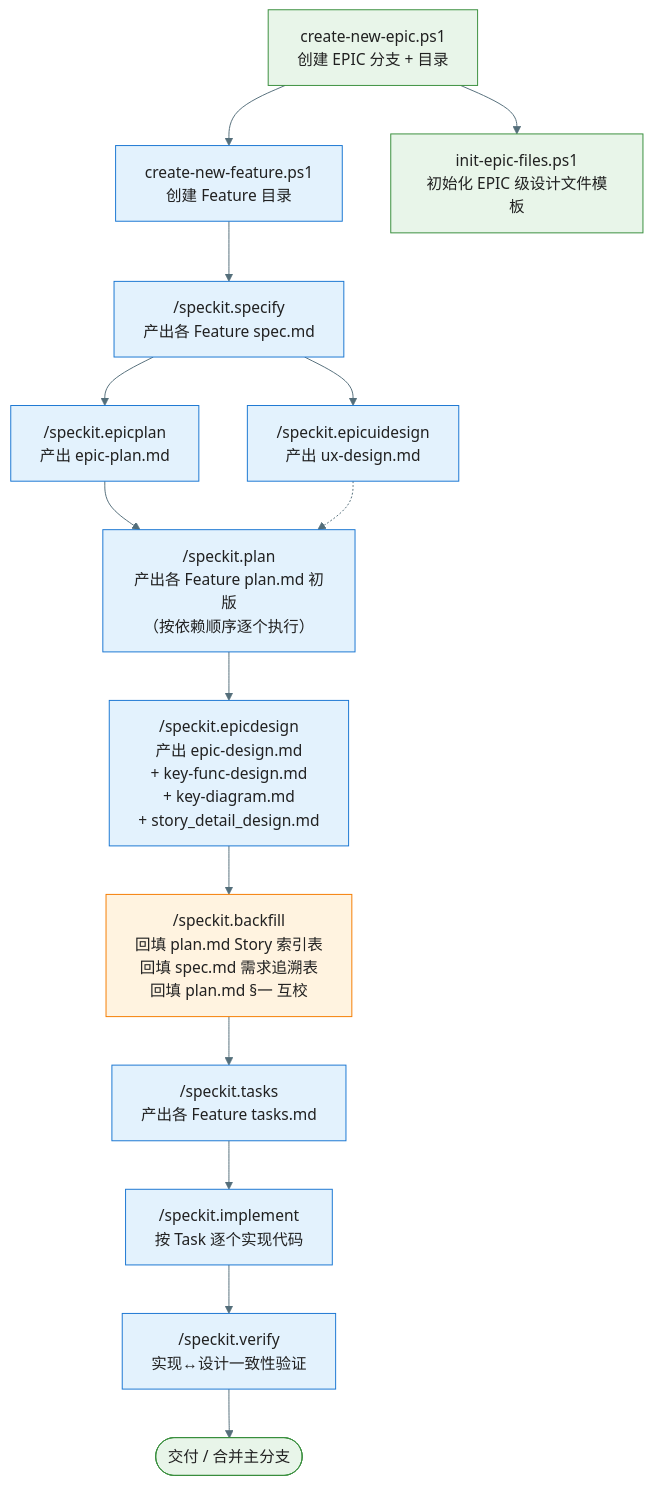
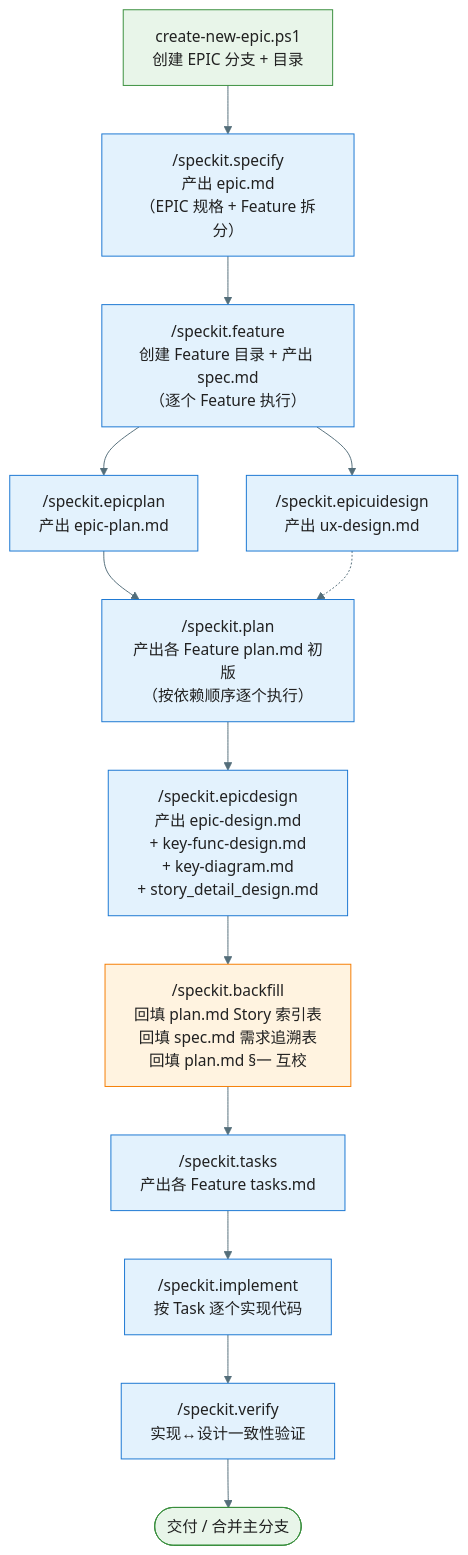
Before and after one commit to jackykarma/Verity: the third of 5 diagrams in .specify/workflow-overview.md, drawn with Mermaid. The commit also changed other lines of this file and 5 other files, not shown here.

````diff
--- a/.specify/workflow-overview.md
+++ b/.specify/workflow-overview.md
@@ -148,22 +148,20 @@
 ```mermaid
 %%{init: {'theme': 'base', 'themeVariables': { 'primaryColor': '#E3F2FD', 'primaryTextColor': '#212121', 'primaryBorderColor': '#1976D2', 'lineColor': '#546E7A'}}}%%
 flowchart TD
-    Step1["create-new-epic.ps1<br/>创建 EPIC 分支 + 目录"] --> Step2["create-new-feature.ps1<br/>创建 Feature 目录"]
-    Step1 --> Step1b["init-epic-files.ps1<br/>初始化 EPIC 级设计文件模板"]
-    Step2 --> Step3["/speckit.specify<br/>产出各 Feature spec.md"]
+    Step1["create-new-epic.ps1<br/>创建 EPIC 分支 + 目录"] --> Step2["/speckit.specify<br/>产出 epic.md<br/>（EPIC 规格 + Feature 拆分）"]
+    Step2 --> Step3["/speckit.feature<br/>创建 Feature 目录 + 产出 spec.md<br/>（逐个 Feature 执行）"]
     Step3 --> Step4["/speckit.epicplan<br/>产出 epic-plan.md"]
     Step3 --> Step5["/speckit.epicuidesign<br/>产出 ux-design.md"]
     Step4 --> Step6["/speckit.plan<br/>产出各 Feature plan.md 初版<br/>（按依赖顺序逐个执行）"]
     Step5 -.-> Step6
     Step6 --> Step7["/speckit.epicdesign<br/>产出 epic-design.md<br/>+ key-func-design.md<br/>+ key-diagram.md<br/>+ story_detail_design.md"]
     Step7 --> Step8["/speckit.backfill<br/>回填 plan.md Story 索引表<br/>回填 spec.md 需求追溯表<br/>回填 plan.md §一 互校"]
     Step8 --> Step9["/speckit.tasks<br/>产出各 Feature tasks.md"]
     Step9 --> Step10["/speckit.implement<br/>按 Task 逐个实现代码"]
     Step10 --> Step11["/speckit.verify<br/>实现↔设计一致性验证"]
     Step11 --> Step12([交付 / 合并主分支])
 
     style Step1 fill:#E8F5E9,stroke:#388E3C
-    style Step1b fill:#E8F5E9,stroke:#388E3C
     style Step12 fill:#E8F5E9,stroke:#388E3C
     style Step8 fill:#FFF3E0,stroke:#F57C00
 ```
````
